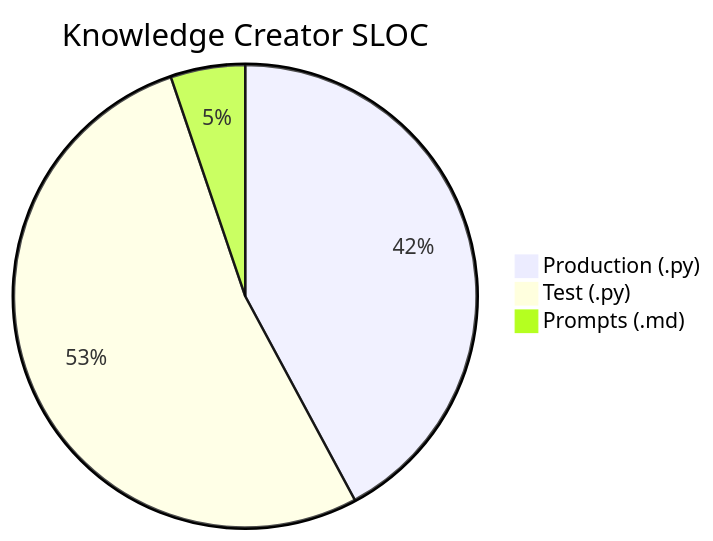
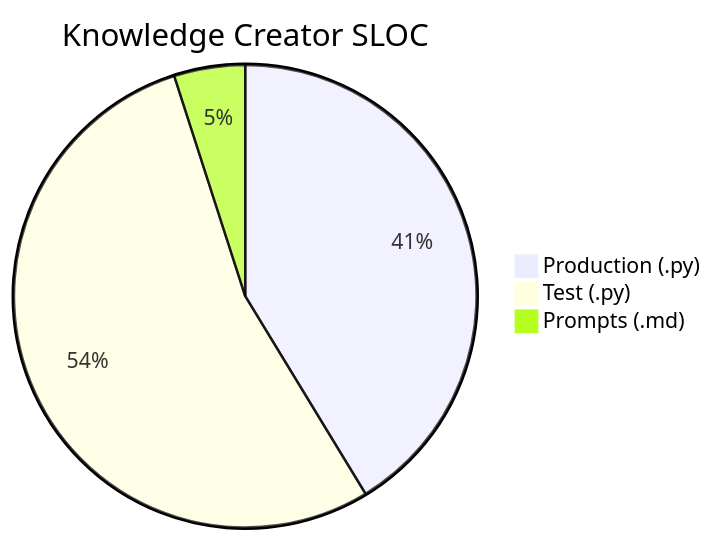
The tenth of 14 diagrams in docs/metrics.md (nablarch/nabledge-dev), drawn with Mermaid before and after one commit. The commit also changed other lines of this file, not shown here.

````diff
--- a/docs/metrics.md
+++ b/docs/metrics.md
@@ -135,6 +135,6 @@
 ```mermaid
 pie title Knowledge Creator SLOC
-  "Production (.py)" : 4119
-  "Test (.py)" : 5145
+  "Production (.py)" : 4234
+  "Test (.py)" : 5510
   "Prompts (.md)" : 509
 ```
````
